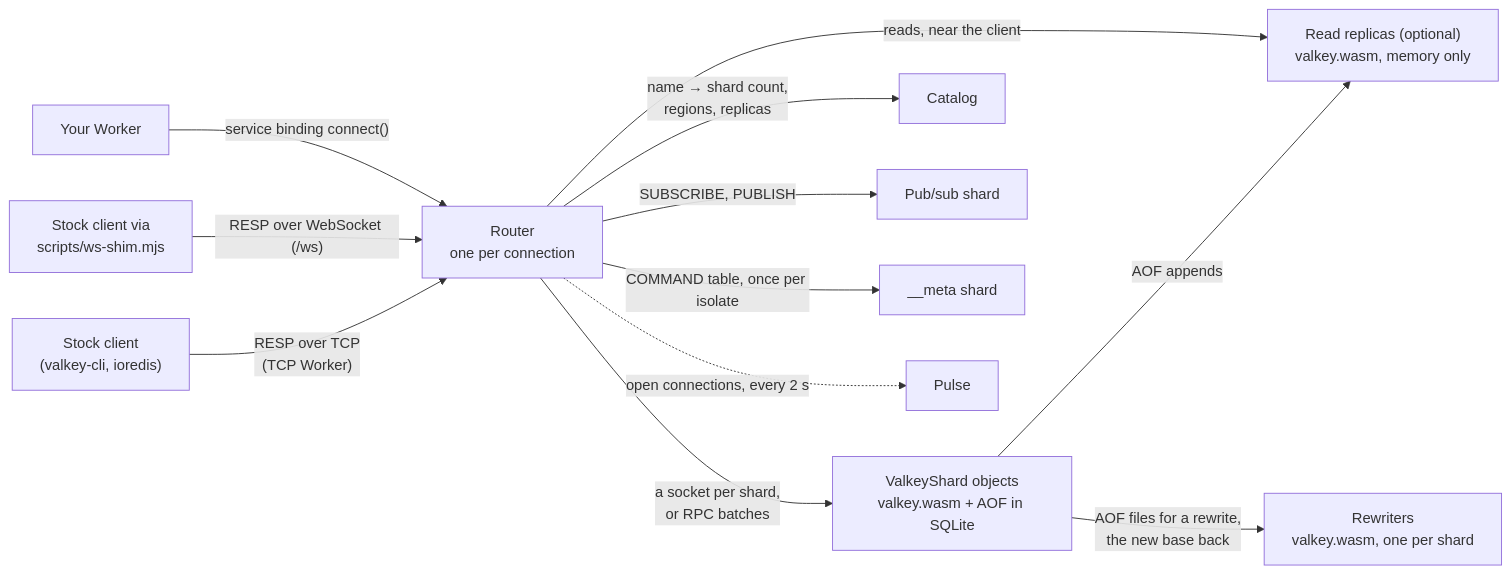
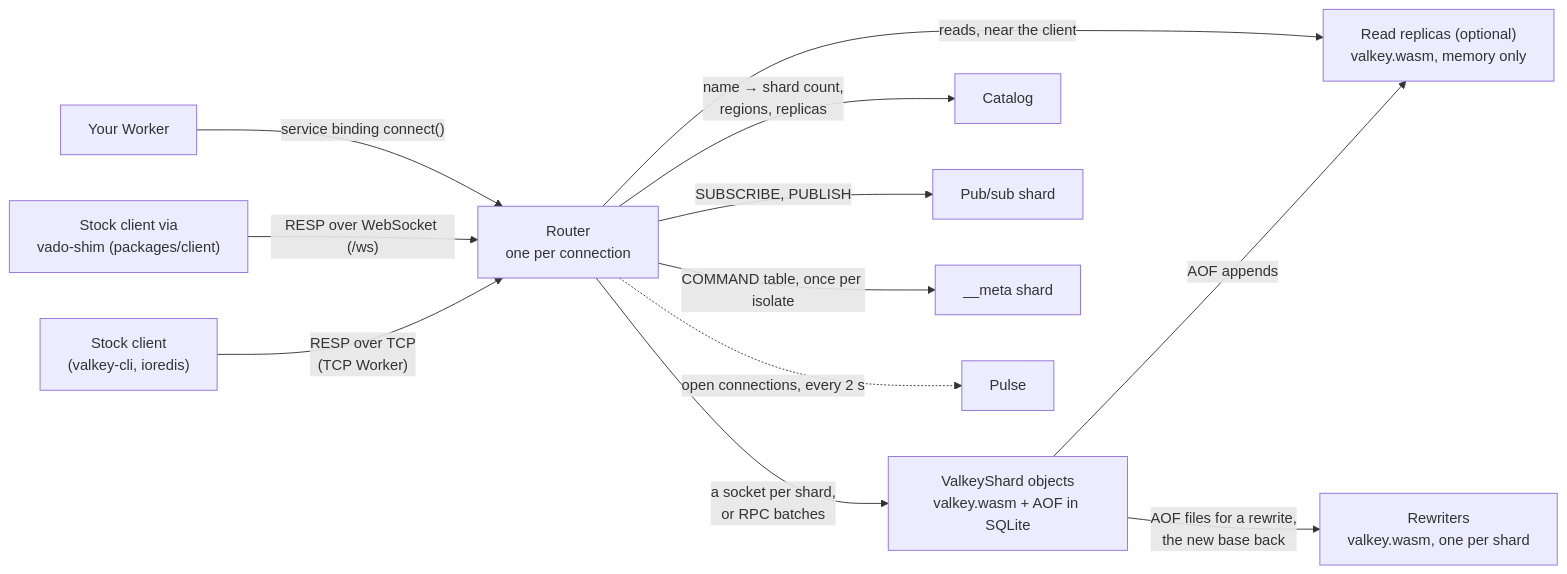
Before and after one commit to vaishnav-mk/vado: the diagram in docs/architecture.md, drawn with Mermaid. The commit also changed other lines of this file and 6 other files, not shown here.

````diff
--- a/docs/architecture.md
+++ b/docs/architecture.md
@@ -8,14 +8,14 @@
 ```mermaid
 flowchart LR
   tcp["Stock client<br/>(valkey-cli, ioredis)"] -- "RESP over TCP<br/>(TCP Worker)" --> router
-  ws["Stock client via<br/>scripts/ws-shim.mjs"] -- "RESP over WebSocket (/ws)" --> router
+  ws["Stock client via<br/>vado-shim (packages/client)"] -- "RESP over WebSocket (/ws)" --> router
   app["Your Worker"] -- "service binding connect()" --> router
   router["Router<br/>one per connection"] -- "a socket per shard,<br/>or RPC batches" --> shards["ValkeyShard objects<br/>valkey.wasm + AOF in SQLite"]
   shards -- "AOF appends" --> replicas["Read replicas (optional)<br/>valkey.wasm, memory only"]
   shards -- "AOF files for a rewrite,<br/>the new base back" --> rewriters["Rewriters<br/>valkey.wasm, one per shard"]
   router -- "reads, near the client" --> replicas
   router -- "name → shard count,<br/>regions, replicas" --> catalog["Catalog"]
   router -- "SUBSCRIBE, PUBLISH" --> pubsub["Pub/sub shard"]
   router -- "COMMAND table, once per isolate" --> meta["__meta shard"]
   router -.->|"open connections, every 2 s"| pulse["Pulse"]
 ```
````
